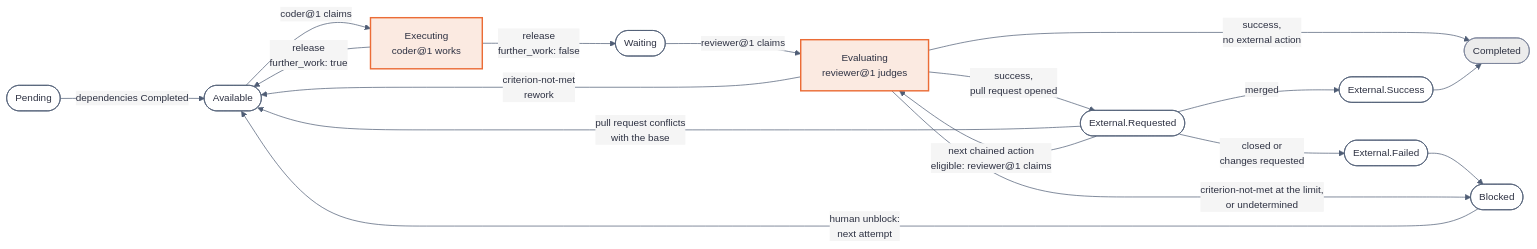
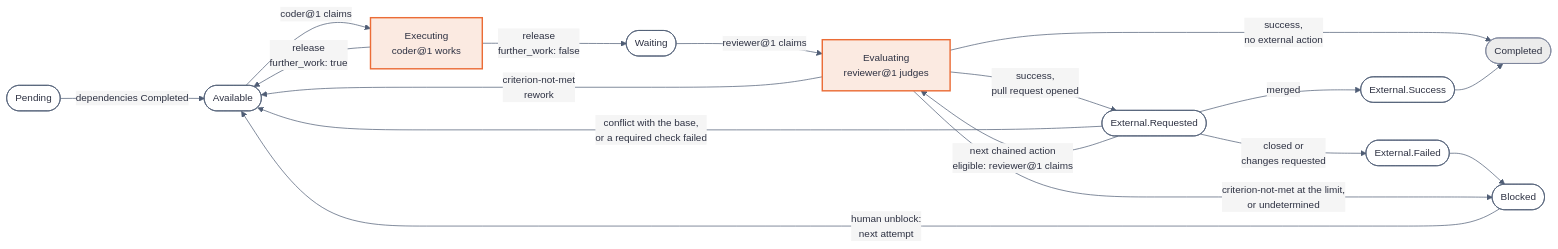
The first of 2 diagrams in docs/explanation/worker.md (kanthorlabs/kanthord), drawn with Mermaid before and after one commit. The commit also changed other lines of this file and 8 other files, not shown here.

Commit message:
docs: document required checks, the deferred check and the human landing of gate files

````diff
--- a/docs/explanation/worker.md
+++ b/docs/explanation/worker.md
@@ -77,24 +77,24 @@
 ```mermaid
 %%{init: {"theme": "base", "themeVariables": {"background": "#f5f5f5", "primaryColor": "#ffffff", "primaryTextColor": "#2d3142", "primaryBorderColor": "#4f5d75", "secondaryColor": "#ececec", "tertiaryColor": "#f5f5f5", "lineColor": "#4f5d75", "edgeLabelBackground": "#f5f5f5", "fontFamily": "system-ui, sans-serif", "fontSize": "14px"}, "flowchart": {"htmlLabels": true, "useMaxWidth": false, "nodeSpacing": 28, "rankSpacing": 44}}}%%
 flowchart LR
     accTitle: The life of an implement node
-    accDescr: Pending becomes Available when its dependencies complete. coder@1 claims Available and the node is Executing. A release with further work returns it to Available. A release with no further work moves it to Waiting. reviewer@1 claims Waiting and the node is Evaluating. criterion-not-met below the rework limit returns it to Available. A success with no external action completes the node. A success with an external action opens a pull request and moves the node to External.Requested, then External.Success and Completed. A pull request that conflicts with the base returns the node to Available. reviewer@1 claims External.Requested again when a chained action becomes eligible. A criterion-not-met at the limit, an undetermined assessment or a failed external action moves the node to Blocked. A human unblock opens the next attempt.
+    accDescr: Pending becomes Available when its dependencies complete. coder@1 claims Available and the node is Executing. A release with further work returns it to Available. A release with no further work moves it to Waiting. reviewer@1 claims Waiting and the node is Evaluating. criterion-not-met below the rework limit returns it to Available. A success with no external action completes the node. A success with an external action opens a pull request and moves the node to External.Requested, then External.Success and Completed. A pull request that conflicts with the base, or that fails a required check, returns the node to Available. reviewer@1 claims External.Requested again when a chained action becomes eligible. A criterion-not-met at the limit, an undetermined assessment or a failed external action moves the node to Blocked. A human unblock opens the next attempt.
     pending(["Pending"]) -- "dependencies Completed" --> available(["Available"])
     available -- "coder@1 claims" --> executing["Executing<br/>coder@1 works"]
     executing -- "release<br/>further_work: true" --> available
     executing -- "release<br/>further_work: false" --> waiting(["Waiting"])
     waiting -- "reviewer@1 claims" --> evaluating["Evaluating<br/>reviewer@1 judges"]
     evaluating -- "criterion-not-met<br/>rework" --> available
     evaluating -- "success,<br/>no external action" --> completed(["Completed"])
     evaluating -- "success,<br/>pull request opened" --> requested(["External.Requested"])
     requested -- "merged" --> success(["External.Success"]) --> completed
-    requested -- "pull request conflicts<br/>with the base" --> available
+    requested -- "conflict with the base,<br/>or a required check failed" --> available
     requested -- "next chained action<br/>eligible: reviewer@1 claims" --> evaluating
     requested -- "closed or<br/>changes requested" --> failed(["External.Failed"]) --> blocked
     evaluating -- "criterion-not-met at the limit,<br/>or undetermined" --> blocked(["Blocked"])
     blocked -- "human unblock:<br/>next attempt" --> available
     classDef work fill:#fbeae1,stroke:#eb6c36,color:#2d3142,stroke-width:2px;
     classDef done fill:#ececec,stroke:#7a8399,color:#2d3142;
     class executing,evaluating work;
     class completed done;
 ```
````
